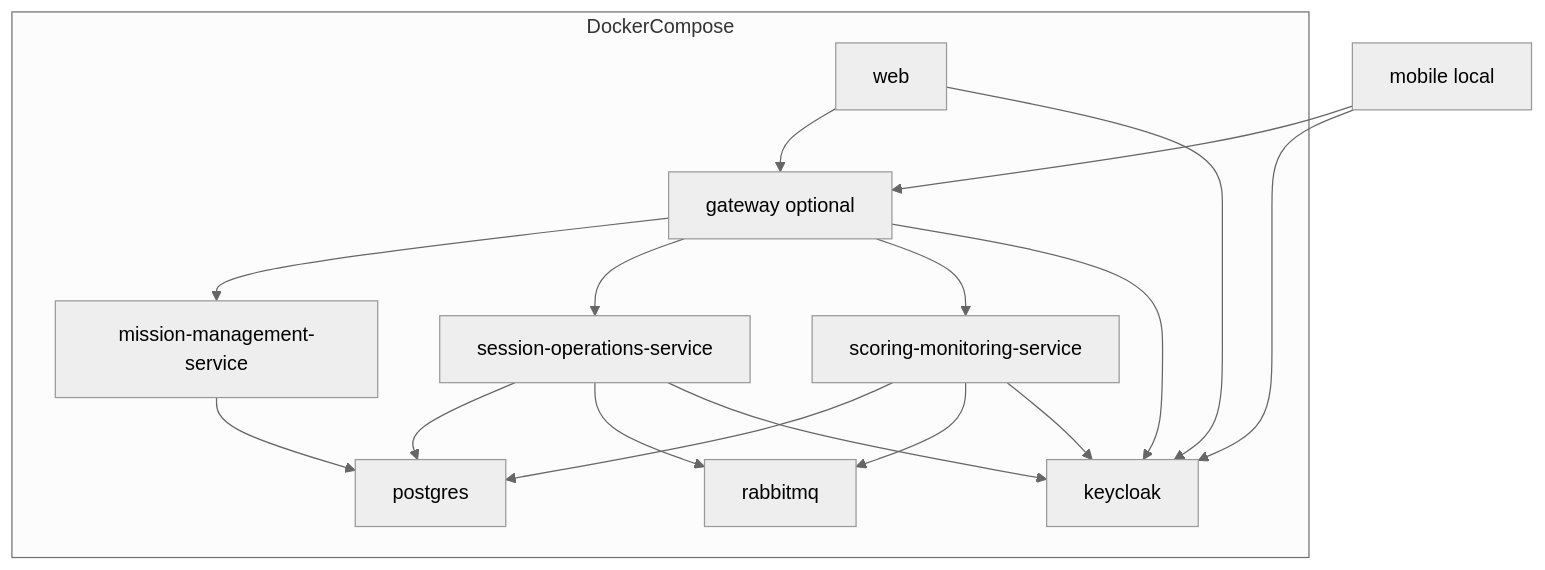
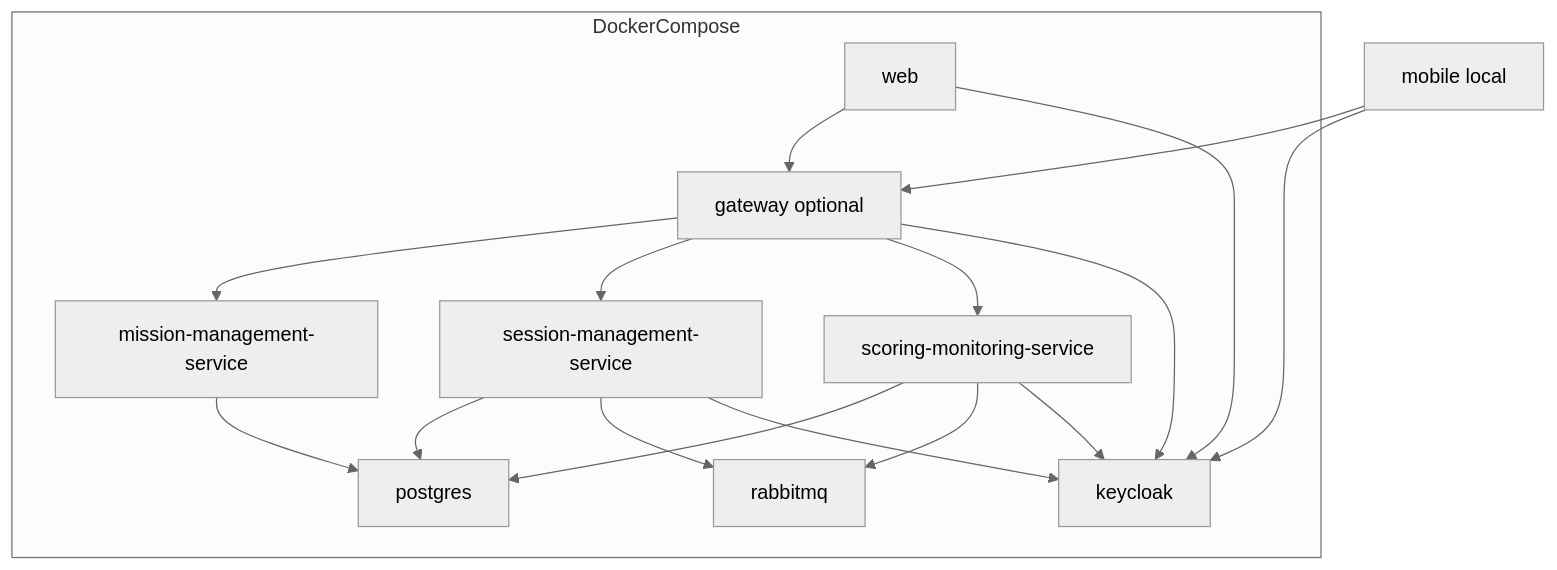
The second of 5 diagrams in docs/architecture/infrastructure-outline.md (Grupo2-UMBRAL/UMBRAL-Grupo2), drawn with Mermaid (neutral theme) before and after one commit. The commit also changed 217 other files, not shown here.

Commit message:
fix(domain): rename session-operations bounded context to session-management

````diff
--- a/docs/architecture/infrastructure-outline.md
+++ b/docs/architecture/infrastructure-outline.md
@@ -185,29 +185,29 @@
 ```mermaid
 flowchart TD
     subgraph DockerCompose
         GW[gateway optional]
         MS[mission-management-service]
-        SS[session-operations-service]
+        SS[session-management-service]
         SA[scoring-monitoring-service]
         KC[keycloak]
         DB[postgres]
         MQ[rabbitmq]
         W[web]
     end
 
     M[mobile local] --> GW
     W --> GW
     GW --> MS
     GW --> SS
     GW --> SA
     GW --> KC
     MS --> DB
     SS --> DB
     SA --> DB
     SS --> MQ
     SA --> MQ
     SS --> KC
     SA --> KC
     W --> KC
     M --> KC
 ```
````
